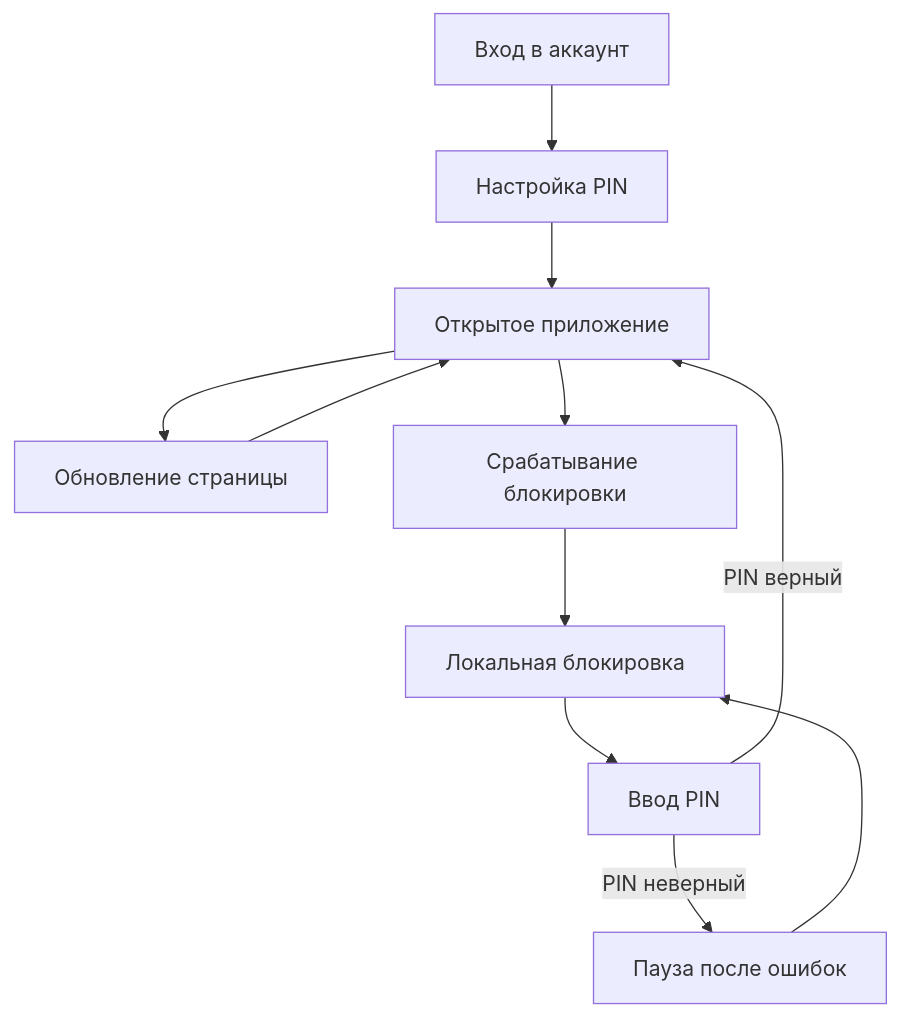
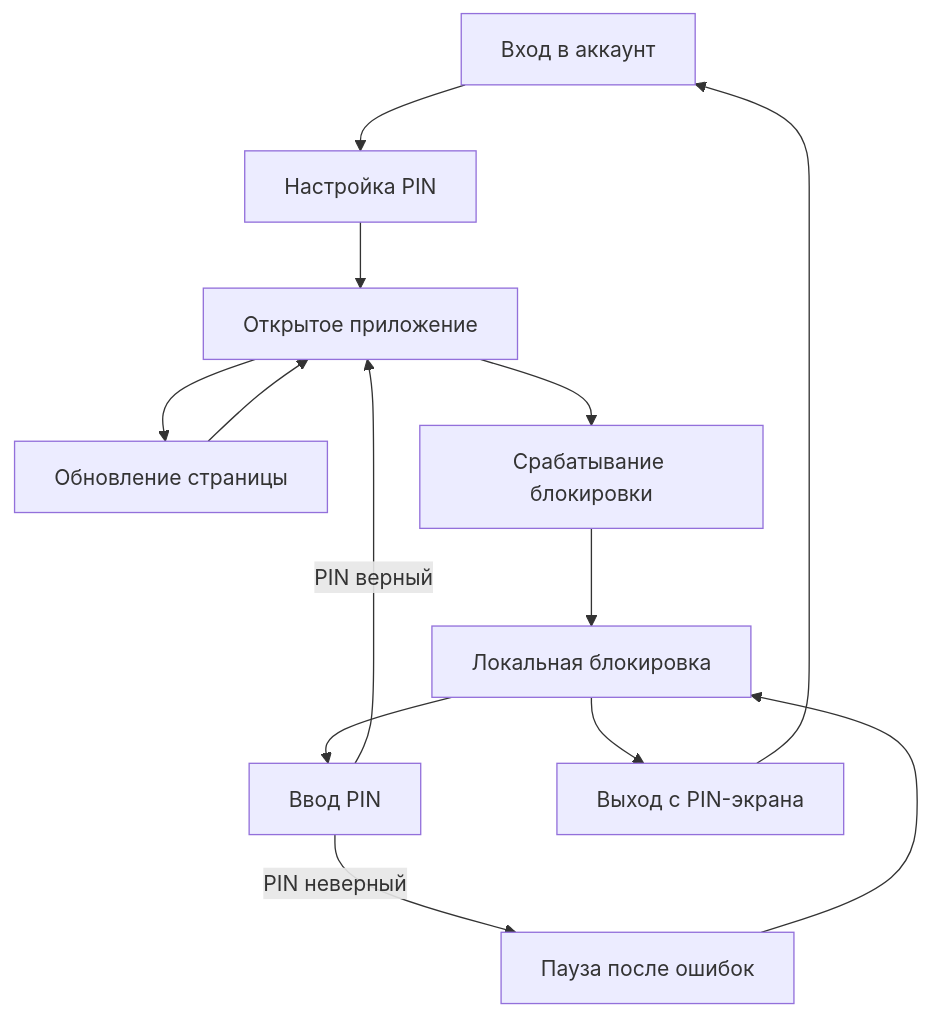
The diagram in docs/security_RU.md (ViaCode-Team/ViaTrade-frontend), drawn with Mermaid before and after one commit. The commit also changed other lines of this file and 19 other files, not shown here.

Commit message:
feat: add logout current session for pin code

````diff
--- a/docs/security_RU.md
+++ b/docs/security_RU.md
@@ -17,18 +17,20 @@
 ```mermaid
 flowchart TD
 	login["Вход в аккаунт"]
 	setup["Настройка PIN"]
 	locked["Локальная блокировка"]
 	unlock["Ввод PIN"]
 	privateUi["Открытое приложение"]
 	reload["Обновление страницы"]
 	lock["Срабатывание блокировки"]
 	cooldown["Пауза после ошибок"]
+	logout["Выход с PIN-экрана"]
 
 	login --> setup --> privateUi
 	locked --> unlock
 	unlock -->|PIN верный| privateUi
 	unlock -->|PIN неверный| cooldown --> locked
 	privateUi --> reload --> privateUi
 	privateUi --> lock --> locked
+	locked --> logout --> login
 ```
````
